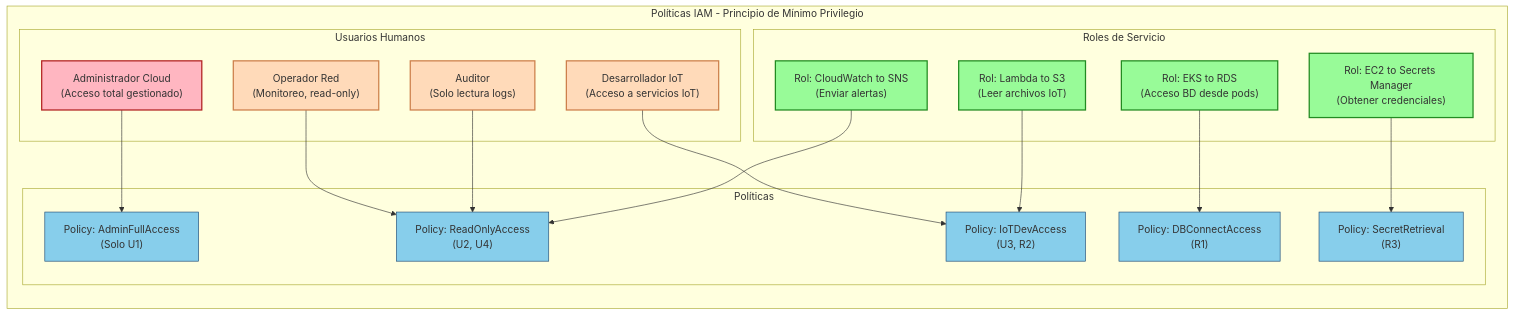
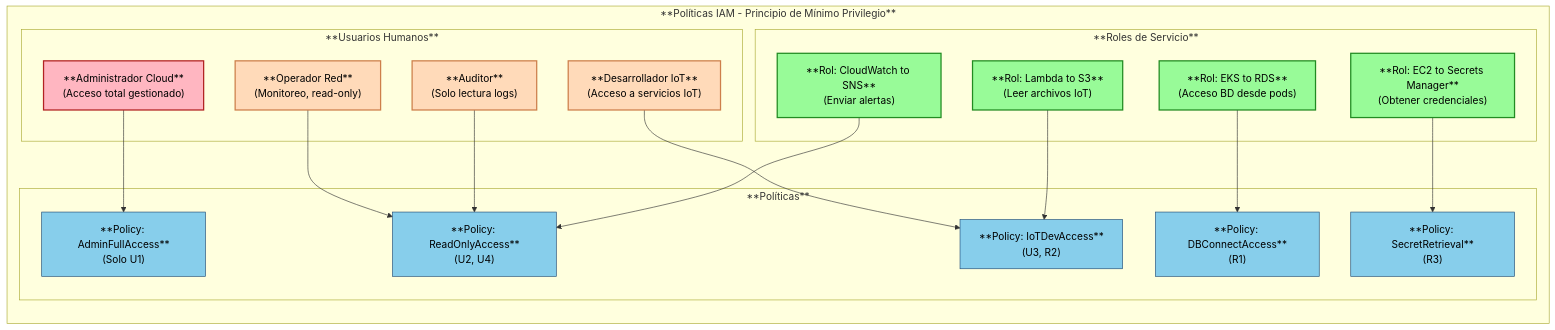
Before and after one commit to David15150/aca-telecomunicaciones: the diagram in Controles de Seguridad.mermaid, drawn with Mermaid.

```diff
--- a/Controles de Seguridad.mermaid
+++ b/Controles de Seguridad.mermaid
@@ -1,52 +1,52 @@
 graph TB
-    subgraph "Políticas IAM - Principio de Mínimo Privilegio"
+    subgraph "**Políticas IAM - Principio de Mínimo Privilegio**"
         direction TB
         
-        subgraph "Usuarios Humanos"
-            U1["Administrador Cloud<br/>(Acceso total gestionado)"]
-            U2["Operador Red<br/>(Monitoreo, read-only)"]
-            U3["Desarrollador IoT<br/>(Acceso a servicios IoT)"]
-            U4["Auditor<br/>(Solo lectura logs)"]
+        subgraph "**Usuarios Humanos**"
+            U1["**Administrador Cloud**<br/>(Acceso total gestionado)"]
+            U2["**Operador Red**<br/>(Monitoreo, read-only)"]
+            U3["**Desarrollador IoT**<br/>(Acceso a servicios IoT)"]
+            U4["**Auditor**<br/>(Solo lectura logs)"]
         end
         
-        subgraph "Roles de Servicio"
-            R1["Rol: EKS to RDS<br/>(Acceso BD desde pods)"]
-            R2["Rol: Lambda to S3<br/>(Leer archivos IoT)"]
-            R3["Rol: EC2 to Secrets Manager<br/>(Obtener credenciales)"]
-            R4["Rol: CloudWatch to SNS<br/>(Enviar alertas)"]
+        subgraph "**Roles de Servicio**"
+            R1["**Rol: EKS to RDS**<br/>(Acceso BD desde pods)"]
+            R2["**Rol: Lambda to S3**<br/>(Leer archivos IoT)"]
+            R3["**Rol: EC2 to Secrets Manager**<br/>(Obtener credenciales)"]
+            R4["**Rol: CloudWatch to SNS**<br/>(Enviar alertas)"]
         end
         
-        subgraph "Políticas"
-            P1["Policy: AdminFullAccess<br/>(Solo U1)"]
-            P2["Policy: ReadOnlyAccess<br/>(U2, U4)"]
-            P3["Policy: IoTDevAccess<br/>(U3, R2)"]
-            P4["Policy: DBConnectAccess<br/>(R1)"]
-            P5["Policy: SecretRetrieval<br/>(R3)"]
+        subgraph "**Políticas**"
+            P1["**Policy: AdminFullAccess**<br/>(Solo U1)"]
+            P2["**Policy: ReadOnlyAccess**<br/>(U2, U4)"]
+            P3["**Policy: IoTDevAccess**<br/>(U3, R2)"]
+            P4["**Policy: DBConnectAccess**<br/>(R1)"]
+            P5["**Policy: SecretRetrieval**<br/>(R3)"]
         end
         
         U1 --> P1
         U2 --> P2
         U3 --> P3
         U4 --> P2
         
         R1 --> P4
         R2 --> P3
         R3 --> P5
         R4 --> P2
     end
     
-    style U1 fill:#FFB6C1,stroke:#B22222,stroke-width:2px
-    style U2 fill:#FFDAB9,stroke:#CD7F4B,stroke-width:2px
-    style U3 fill:#FFDAB9,stroke:#CD7F4B,stroke-width:2px
-    style U4 fill:#FFDAB9,stroke:#CD7F4B,stroke-width:2px
+    style U1 fill:#FFB6C1,stroke:#B22222,stroke-width:2px,color:#000000
+    style U2 fill:#FFDAB9,stroke:#CD7F4B,stroke-width:2px,color:#000000
+    style U3 fill:#FFDAB9,stroke:#CD7F4B,stroke-width:2px,color:#000000
+    style U4 fill:#FFDAB9,stroke:#CD7F4B,stroke-width:2px,color:#000000
     
-    style R1 fill:#98FB98,stroke:#228B22,stroke-width:2px
-    style R2 fill:#98FB98,stroke:#228B22,stroke-width:2px
-    style R3 fill:#98FB98,stroke:#228B22,stroke-width:2px
-    style R4 fill:#98FB98,stroke:#228B22,stroke-width:2px
+    style R1 fill:#98FB98,stroke:#228B22,stroke-width:2px,color:#000000
+    style R2 fill:#98FB98,stroke:#228B22,stroke-width:2px,color:#000000
+    style R3 fill:#98FB98,stroke:#228B22,stroke-width:2px,color:#000000
+    style R4 fill:#98FB98,stroke:#228B22,stroke-width:2px,color:#000000
     
-    style P1 fill:#87CEEB,stroke:#1E4A76,stroke-width:1px
-    style P2 fill:#87CEEB,stroke:#1E4A76,stroke-width:1px
-    style P3 fill:#87CEEB,stroke:#1E4A76,stroke-width:1px
-    style P4 fill:#87CEEB,stroke:#1E4A76,stroke-width:1px
-    style P5 fill:#87CEEB,stroke:#1E4A76,stroke-width:1px
+    style P1 fill:#87CEEB,stroke:#1E4A76,stroke-width:1px,color:#000000
+    style P2 fill:#87CEEB,stroke:#1E4A76,stroke-width:1px,color:#000000
+    style P3 fill:#87CEEB,stroke:#1E4A76,stroke-width:1px,color:#000000
+    style P4 fill:#87CEEB,stroke:#1E4A76,stroke-width:1px,color:#000000
+    style P5 fill:#87CEEB,stroke:#1E4A76,stroke-width:1px,color:#000000
```
